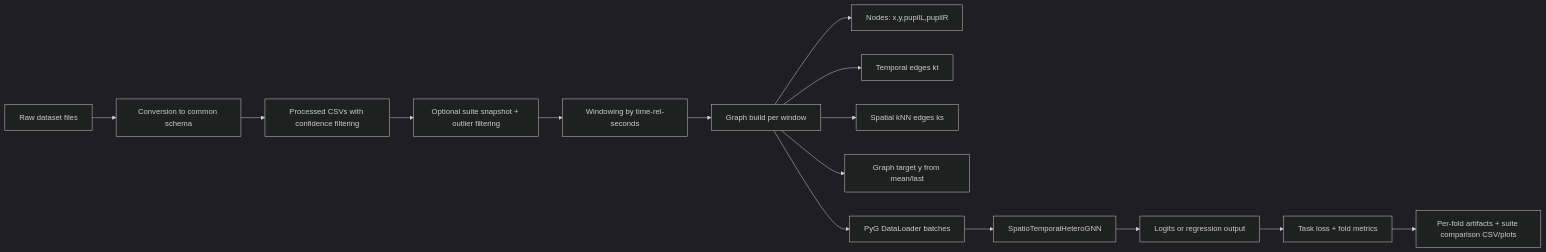
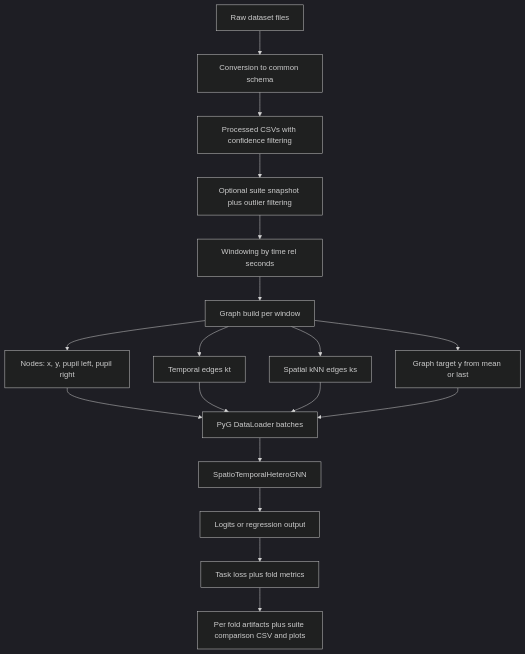
The second of 2 diagrams in README.md (Space0code/GFM-for-eyetracker), drawn with Mermaid (dark theme) before and after one commit. The commit also changed other lines of this file and 3 other files, not shown here.

Commit message:
make mermaid diagrams vertically oriented for better readability

````diff
--- a/README.md
+++ b/README.md
@@ -212,17 +212,20 @@
 ```mermaid
-flowchart LR
+flowchart TD
     A[Raw dataset files] --> B[Conversion to common schema]
     B --> C[Processed CSVs with confidence filtering]
-    C --> D[Optional suite snapshot + outlier filtering]
-    D --> E[Windowing by time-rel-seconds]
+    C --> D[Optional suite snapshot plus outlier filtering]
+    D --> E[Windowing by time rel seconds]
     E --> F[Graph build per window]
-    F --> F1[Nodes: x,y,pupilL,pupilR]
+    F --> F1[Nodes: x, y, pupil left, pupil right]
     F --> F2[Temporal edges kt]
     F --> F3[Spatial kNN edges ks]
-    F --> F4[Graph target y from mean/last]
-    F --> G[PyG DataLoader batches]
+    F --> F4[Graph target y from mean or last]
+    F1 --> G[PyG DataLoader batches]
+    F2 --> G
+    F3 --> G
+    F4 --> G
     G --> H[SpatioTemporalHeteroGNN]
     H --> I[Logits or regression output]
-    I --> J[Task loss + fold metrics]
-    J --> K[Per-fold artifacts + suite comparison CSV/plots]
+    I --> J[Task loss plus fold metrics]
+    J --> K[Per fold artifacts plus suite comparison CSV and plots]
 ```
````
